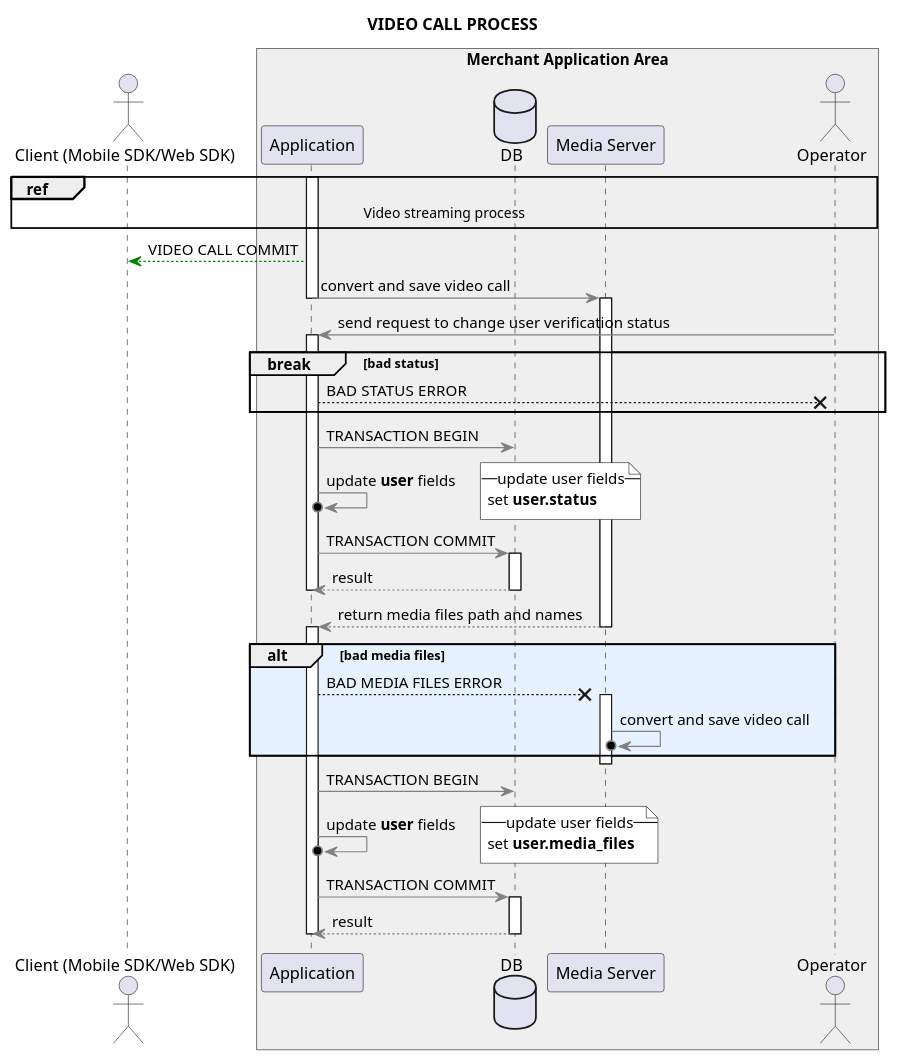
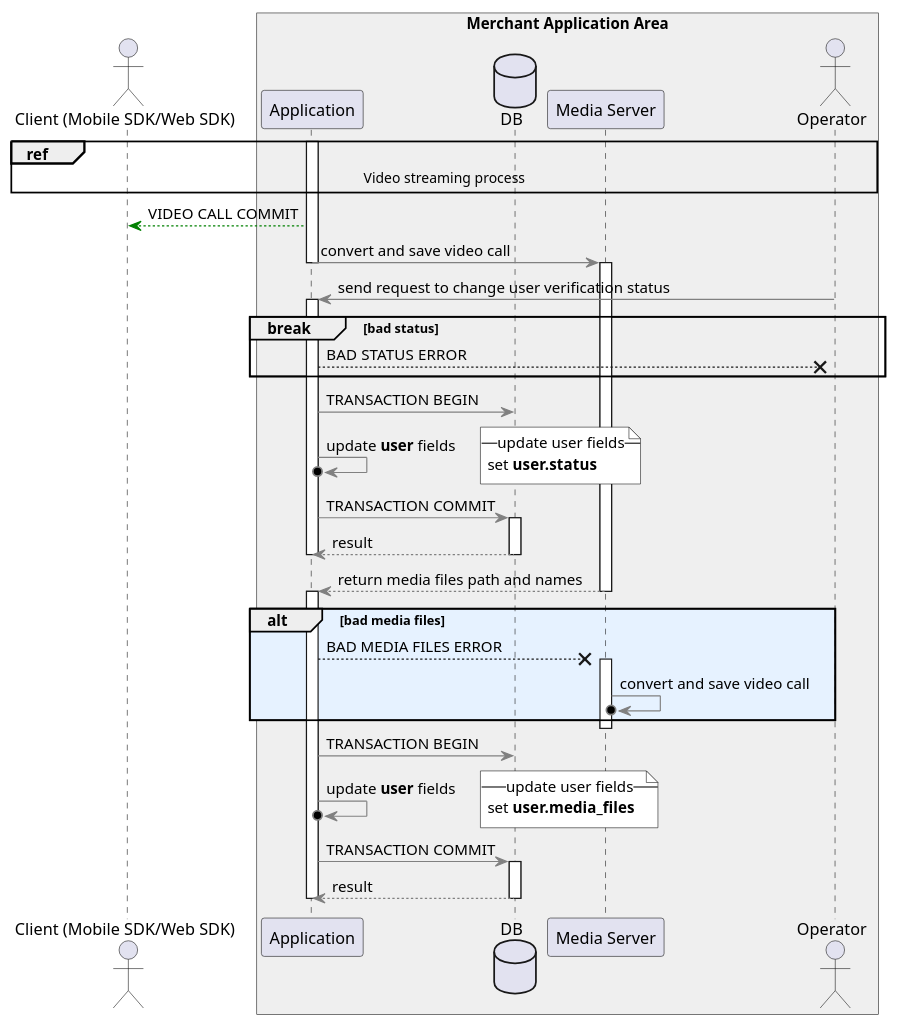
One commit to DjFact/kyc-docs changed the diagram in docs/modules/how-it-works/pages/video.adoc. Above: the diagram before and after it, drawn with PlantUML. The commit also changed other lines of this file and 10 other files, not shown here.

```diff
--- a/docs/modules/how-it-works/pages/video.adoc
+++ b/docs/modules/how-it-works/pages/video.adoc
@@ -3,57 +16,55 @@
 [plantuml,format=svg,role=sequence]
 ----
 @startuml
-    title VIDEO CALL PROCESS
-
     actor "Client (Mobile SDK/Web SDK)" as Client
     box "Merchant Application Area" #efefef
         participant "Application" as Server
         database "DB" as DB
         participant "Media Server" as Media
         actor Operator
     end box
 
     activate Server
         ref over Client, Server, Media, Operator : Video streaming process
         Server -[#green]-> Client : VIDEO CALL COMMIT
         Server -[#gray]> Media : convert and save video call
     deactivate Server
     activate Media
         Operator -[#gray]> Server : send request to change user verification status
         activate Server
             break bad status
                 Server --x Operator : BAD STATUS ERROR
             end
             Server -[#gray]> DB : TRANSACTION BEGIN
             Server -[#gray]>o Server : update <b>user</b> fields
             note right #ffffff
                 --update user fields--
                 set <b>user.status</b>
             end note
             Server -[#gray]> DB : TRANSACTION COMMIT
             activate DB
                 DB -[#gray]-> Server : result
             deactivate DB
         deactivate Server
         Media -[#gray]-> Server : return media files path and names
     deactivate Media
     activate Server
         alt #e6f2ff bad media files
             Server --x Media : BAD MEDIA FILES ERROR
             activate Media
             Media -[#gray]>o Media : convert and save video call
         end
         deactivate Media
         Server -[#gray]> DB : TRANSACTION BEGIN
         Server -[#gray]>o Server : update <b>user</b> fields
         note right #ffffff
             --update user fields--
             set <b>user.media_files</b>
         end note
         Server -[#gray]> DB : TRANSACTION COMMIT
         activate DB
             DB -[#gray]-> Server : result
         deactivate DB
     deactivate Server
 @enduml
 ----
```
